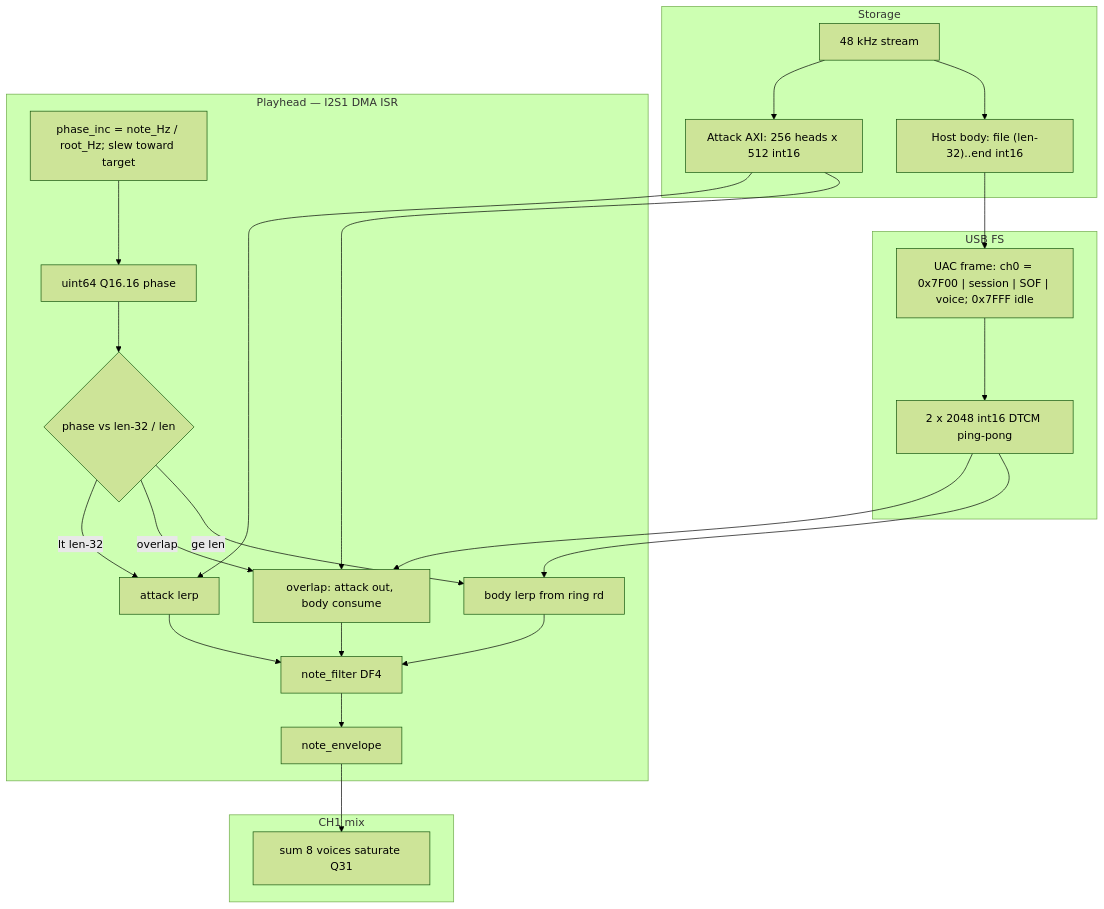
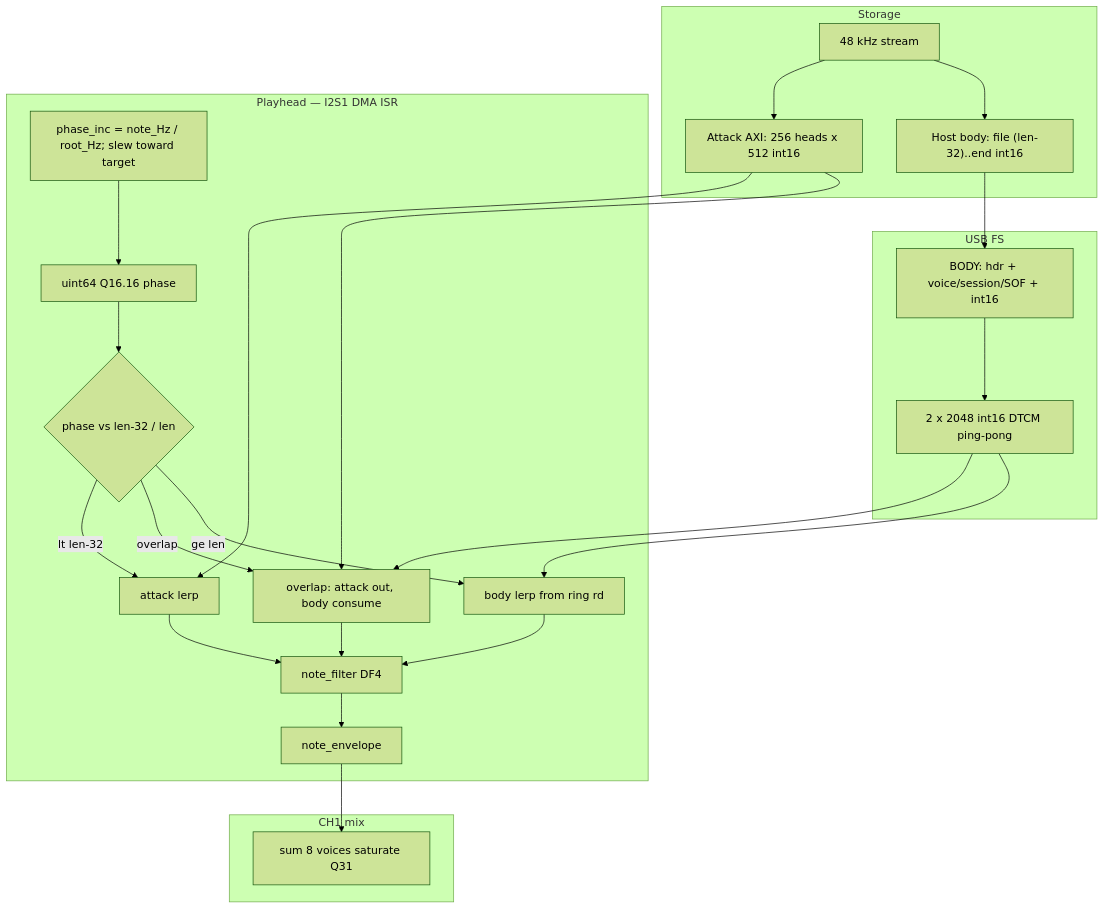
Before and after one commit to narendrabhatt-freshwater/firmware: the second of 5 diagrams in channel_card/docs/diagrams/card_data_flow.md, drawn with Mermaid (forest theme). The commit also changed other lines of this file and 47 other files, not shown here.

````diff
--- a/channel_card/docs/diagrams/card_data_flow.md
+++ b/channel_card/docs/diagrams/card_data_flow.md
@@ -68,45 +69,45 @@
 ```mermaid
 flowchart TB
   subgraph store [Storage]
     File["48 kHz stream"]
     Atk["Attack AXI: 256 heads x 512 int16"]
     Body["Host body: file (len-32)..end int16"]
     File --> Atk
     File --> Body
   end
 
   subgraph usb [USB FS]
-    Tag["UAC frame: ch0 = 0x7F00 | session | SOF | voice; 0x7FFF idle"]
+    Tag["BODY: hdr + voice/session/SOF + int16"]
     Slots["2 x 2048 int16 DTCM ping-pong"]
     Body --> Tag --> Slots
   end
 
   subgraph play [Playhead — I2S1 DMA ISR]
     Ph["uint64 Q16.16 phase"]
     Inc["phase_inc = note_Hz / root_Hz; slew toward target"]
     Join{"phase vs len-32 / len"}
     AtkOnly["attack lerp"]
     Xfade["overlap: attack out, body consume"]
     BodyOnly["body lerp from ring rd"]
     Lpf["note_filter DF4"]
     Env["note_envelope"]
     Ph --> Join
     Inc --> Ph
     Atk --> AtkOnly
     Atk --> Xfade
     Slots --> Xfade
     Slots --> BodyOnly
     Join -->|lt len-32| AtkOnly
     Join -->|overlap| Xfade
     Join -->|ge len| BodyOnly
     AtkOnly --> Lpf
     Xfade --> Lpf
     BodyOnly --> Lpf
     Lpf --> Env
   end
 
   subgraph mix [CH1 mix]
     Sum["sum 8 voices saturate Q31"]
     Env --> Sum
   end
 ```
````
